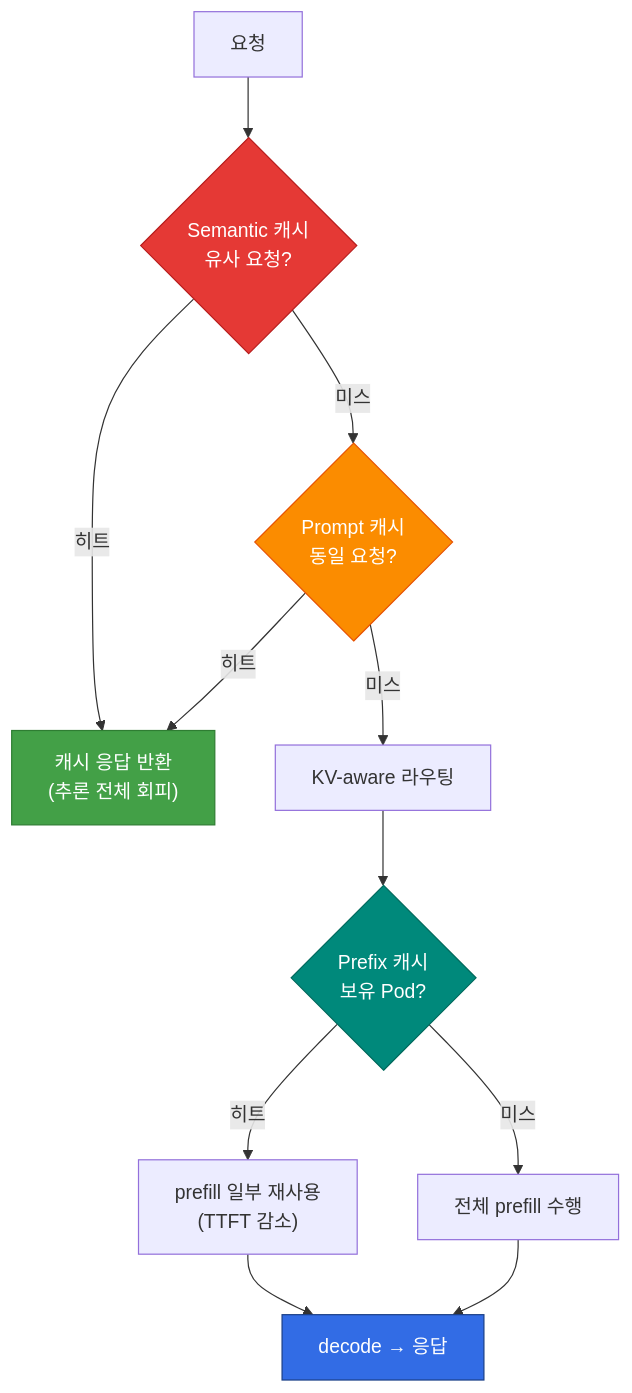
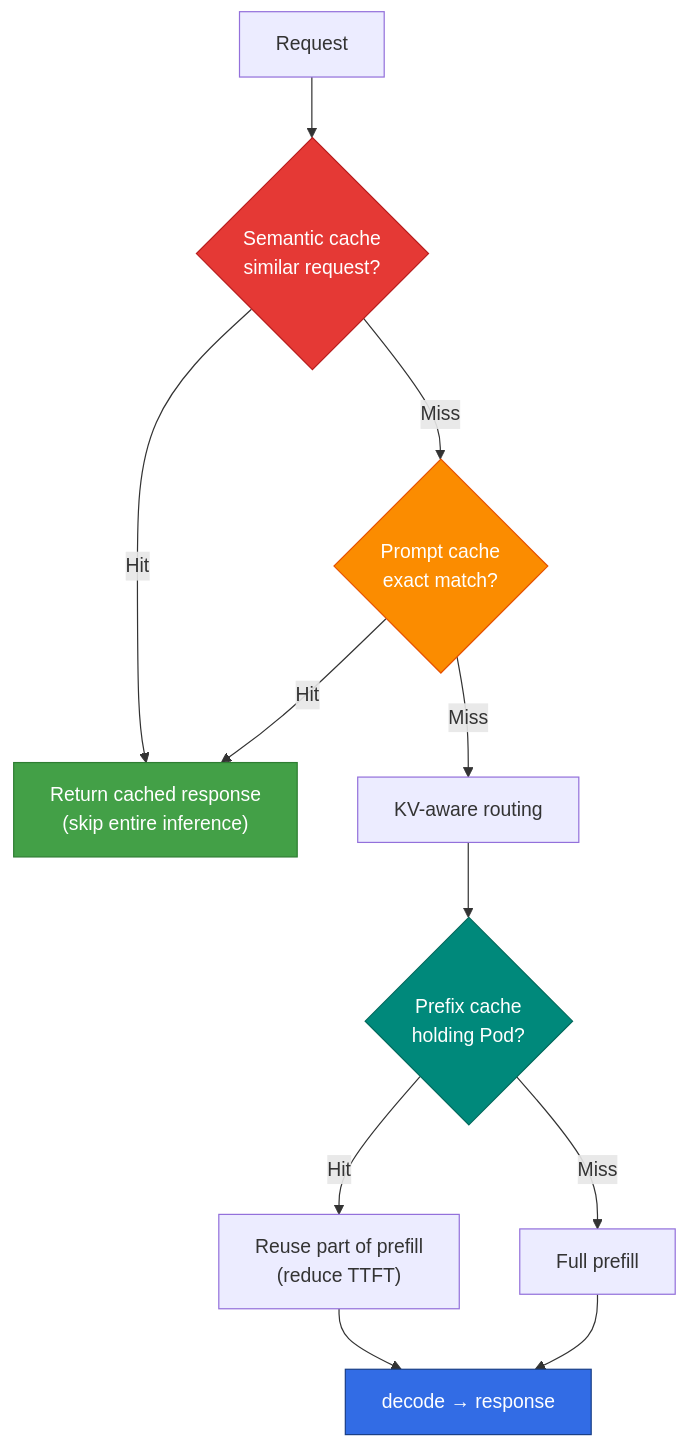
One commit to devfloor9/engineering-playbook changed the diagram in docs/agentic-ai-platform/model-serving/inference-optimization/cache-hit-strategy.md. Above: the diagram before and after it, drawn with Mermaid. The commit also changed other lines of this file and 954 other files, not shown here.

````diff
--- a/docs/agentic-ai-platform/model-serving/inference-optimization/cache-hit-strategy.md
+++ b/docs/agentic-ai-platform/model-serving/inference-optimization/cache-hit-strategy.md
@@ -40,19 +40,19 @@
 ```mermaid
 flowchart TB
-    REQ["요청"] --> SEM{"Semantic 캐시<br/>유사 요청?"}
-    SEM -->|히트| RESP["캐시 응답 반환<br/>(추론 전체 회피)"]
-    SEM -->|미스| PROMPT{"Prompt 캐시<br/>동일 요청?"}
-    PROMPT -->|히트| RESP
-    PROMPT -->|미스| ROUTE["KV-aware 라우팅"]
-    ROUTE --> KV{"Prefix 캐시<br/>보유 Pod?"}
-    KV -->|히트| PARTIAL["prefill 일부 재사용<br/>(TTFT 감소)"]
-    KV -->|미스| FULL["전체 prefill 수행"]
-    PARTIAL --> DECODE["decode → 응답"]
+    REQ["Request"] --> SEM{"Semantic cache<br/>similar request?"}
+    SEM -->|Hit| RESP["Return cached response<br/>(skip entire inference)"]
+    SEM -->|Miss| PROMPT{"Prompt cache<br/>exact match?"}
+    PROMPT -->|Hit| RESP
+    PROMPT -->|Miss| ROUTE["KV-aware routing"]
+    ROUTE --> KV{"Prefix cache<br/>holding Pod?"}
+    KV -->|Hit| PARTIAL["Reuse part of prefill<br/>(reduce TTFT)"]
+    KV -->|Miss| FULL["Full prefill"]
+    PARTIAL --> DECODE["decode → response"]
     FULL --> DECODE
 
     style SEM fill:#e53935,stroke:#b71c1c,color:#fff
     style PROMPT fill:#fb8c00,stroke:#e65100,color:#fff
     style KV fill:#00897b,stroke:#00695c,color:#fff
     style RESP fill:#43a047,stroke:#2e7d32,color:#fff
     style DECODE fill:#326ce5,stroke:#1a3f87,color:#fff
 ```
````
